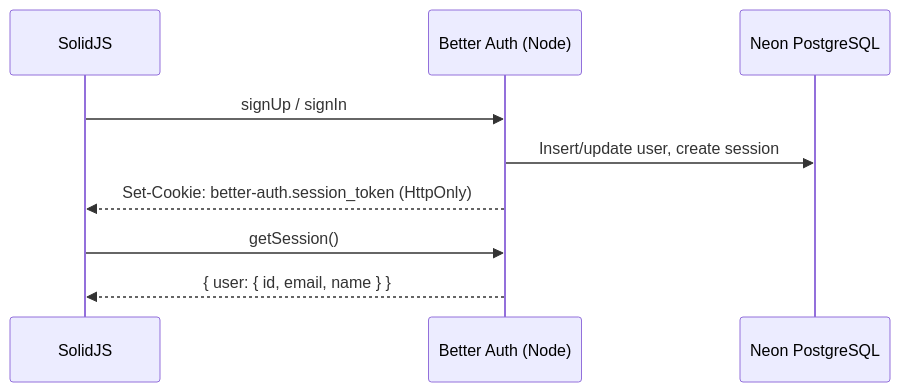
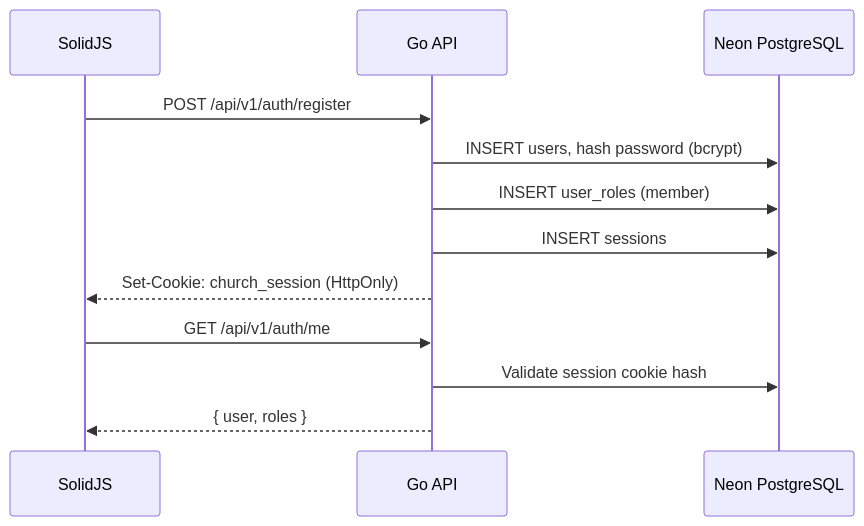
Before and after one commit to DavidK4leido5/non-profit-cfc-website: the fifth of 6 diagrams in PLAN.md, drawn with Mermaid. The commit also changed other lines of this file and 34 other files, not shown here.

````diff
--- a/PLAN.md
+++ b/PLAN.md
@@ -875,12 +927,16 @@
 ```mermaid
 sequenceDiagram
     participant SPA as SolidJS
-    participant AUTH as Better Auth (Node)
+    participant API as Go API
     participant DB as Neon PostgreSQL
 
-    SPA->>AUTH: signUp / signIn
-    AUTH->>DB: Insert/update user, create session
-    AUTH-->>SPA: Set-Cookie: better-auth.session_token (HttpOnly)
-    SPA->>AUTH: getSession()
-    AUTH-->>SPA: { user: { id, email, name } }
+    SPA->>API: POST /api/v1/auth/register
+    API->>DB: INSERT users, hash password (bcrypt)
+    API->>DB: INSERT user_roles (member)
+    API->>DB: INSERT sessions
+    API-->>SPA: Set-Cookie: church_session (HttpOnly)
+
+    SPA->>API: GET /api/v1/auth/me
+    API->>DB: Validate session cookie hash
+    API-->>SPA: { user, roles }
 ```
````
